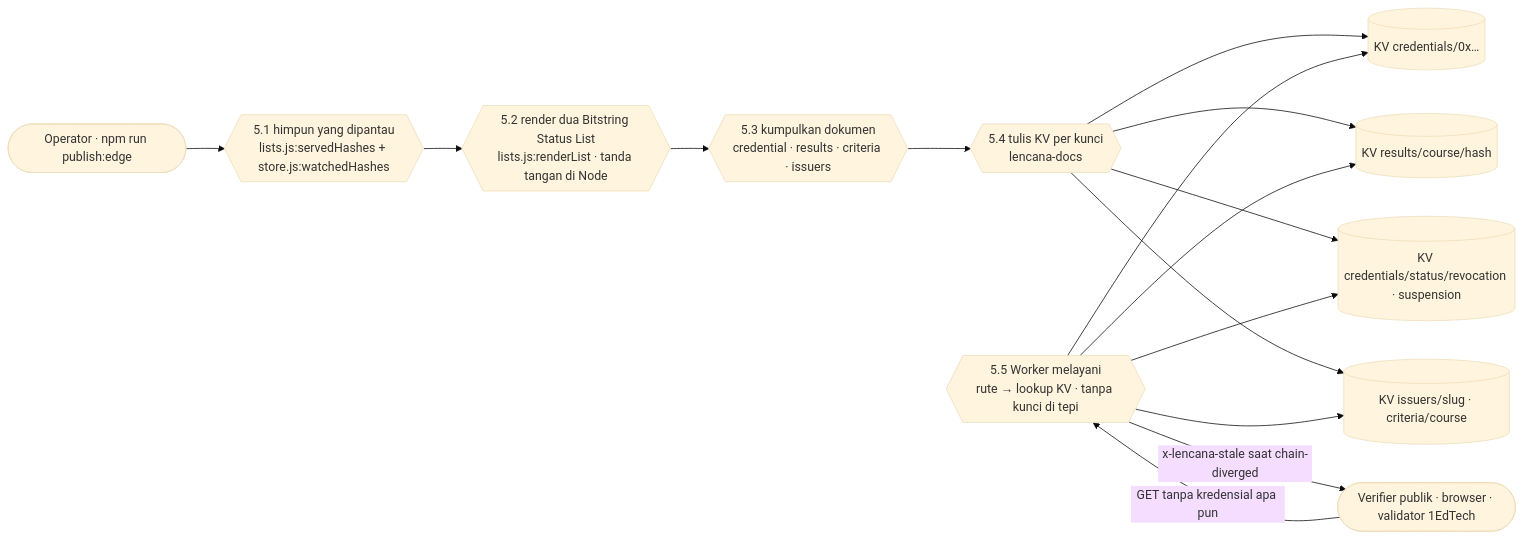
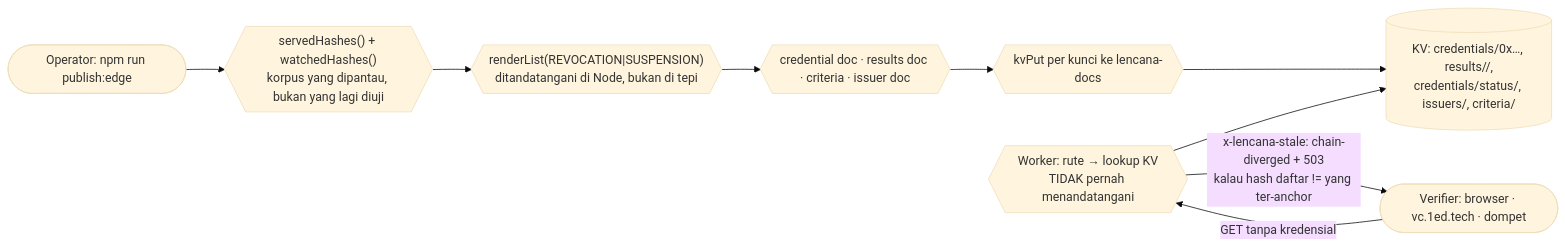
The eighth of 15 diagrams in vault/00-Overview/12 - Business Process.md (Shenhan01-sys/Lencana), drawn with Mermaid (base theme) before and after one commit. The commit also changed other lines of this file and 14 other files, not shown here.

````diff
--- a/vault/00-Overview/12 - Business Process.md
+++ b/vault/00-Overview/12 - Business Process.md
@@ -349,29 +346,20 @@
 ```mermaid
 flowchart LR
-  OP([Operator · npm run publish:edge])
-  WH{{"5.1 himpun yang dipantau<br/>lists.js:servedHashes + store.js:watchedHashes"}}
-  RL{{"5.2 render dua Bitstring Status List<br/>lists.js:renderList · tanda tangan di Node"}}
-  DOC{{"5.3 kumpulkan dokumen<br/>credential · results · criteria · issuers"}}
-  KV{{"5.4 tulis KV per kunci<br/>lencana-docs"}}
-  WKR{{"5.5 Worker melayani<br/>rute → lookup KV · tanpa kunci di tepi"}}
-  K1[("KV credentials/0x…")]
-  K2[("KV results/course/hash")]
-  K3[("KV credentials/status/revocation · suspension")]
-  K4[("KV issuers/slug · criteria/course")]
-  PU([Verifier publik · browser · validator 1EdTech])
+  OP([Operator: npm run publish:edge])
+  E1{{"servedHashes() + watchedHashes()<br/>korpus yang dipantau, bukan yang lagi diuji"}}
+  E2{{"renderList(REVOCATION|SUSPENSION)<br/>ditandatangani di Node, bukan di tepi"}}
+  E3{{"credential doc · results doc · criteria · issuer doc"}}
+  E4{{"kvPut per kunci ke lencana-docs"}}
+  W1{{"Worker: rute → lookup KV<br/>TIDAK pernah menandatangani"}}
+  KV[("KV: credentials/0x…, results/<course>/<hash>,<br/>credentials/status/<purpose>, issuers/<slug>, criteria/<course>")]
+  PU([Verifier: browser · vc.1ed.tech · dompet])
 
-  OP --> WH
-  WH --> RL
-  RL --> DOC
-  DOC --> KV
-  KV --> K1
-  KV --> K2
-  KV --> K3
-  KV --> K4
-  PU -->|GET tanpa kredensial apa pun| WKR
-  WKR --> K1
-  WKR --> K2
-  WKR --> K3
-  WKR --> K4
-  WKR -->|x-lencana-stale saat chain-diverged| PU
+  OP --> E1
+  E1 --> E2
+  E2 --> E3
+  E3 --> E4
+  E4 --> KV
+  PU -->|"GET tanpa kredensial"| W1
+  W1 --> KV
+  W1 -->|"x-lencana-stale: chain-diverged + 503<br/>kalau hash daftar != yang ter-anchor"| PU
 ```
````
